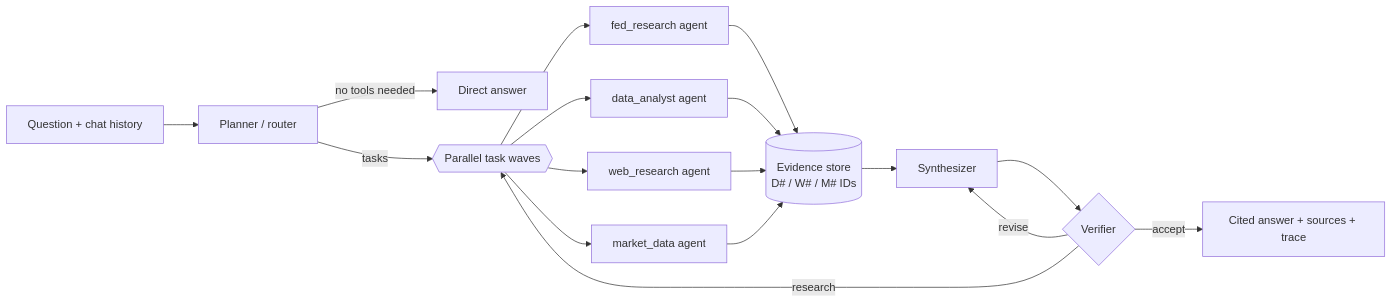
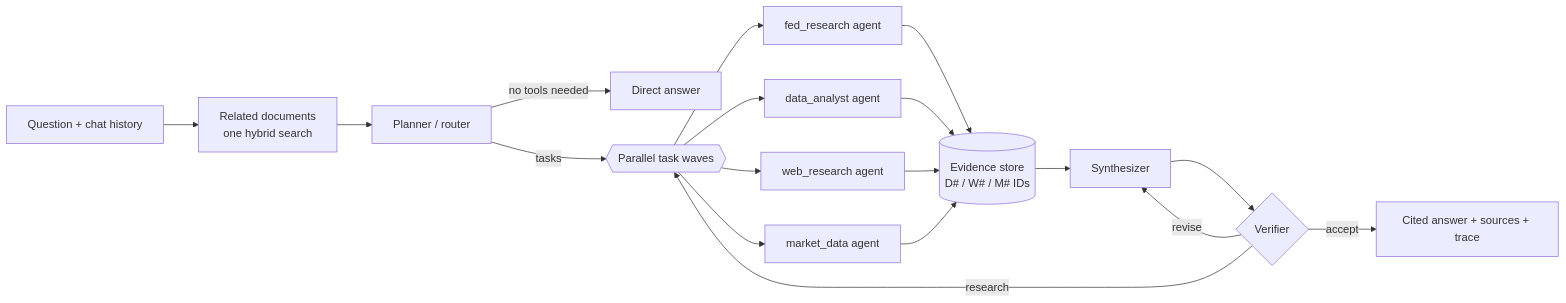
Before and after one commit to atahanuz/fedrag: the diagram in README.md, drawn with Mermaid. The commit also changed other lines of this file and 22 other files, not shown here.

````diff
--- a/README.md
+++ b/README.md
@@ -26,16 +26,17 @@
 ```mermaid
 flowchart LR
-    Q[Question + chat history] --> P[Planner / router]
+    Q[Question + chat history] --> R[Related documents<br/>one hybrid search]
+    R --> P[Planner / router]
     P -- no tools needed --> D[Direct answer]
     P -- tasks --> X{{Parallel task waves}}
     X --> F[fed_research agent]
     X --> T[data_analyst agent]
     X --> W[web_research agent]
     X --> M[market_data agent]
     F & T & W & M --> E[(Evidence store<br/>D# / W# / M# IDs)]
     E --> S[Synthesizer]
     S --> V{Verifier}
     V -- accept --> A[Cited answer + sources + trace]
     V -- revise --> S
     V -- research --> X
 ```
````
